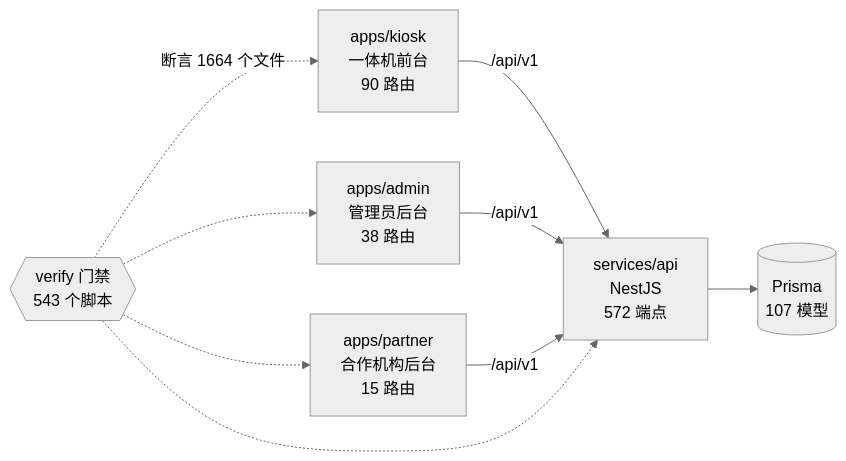
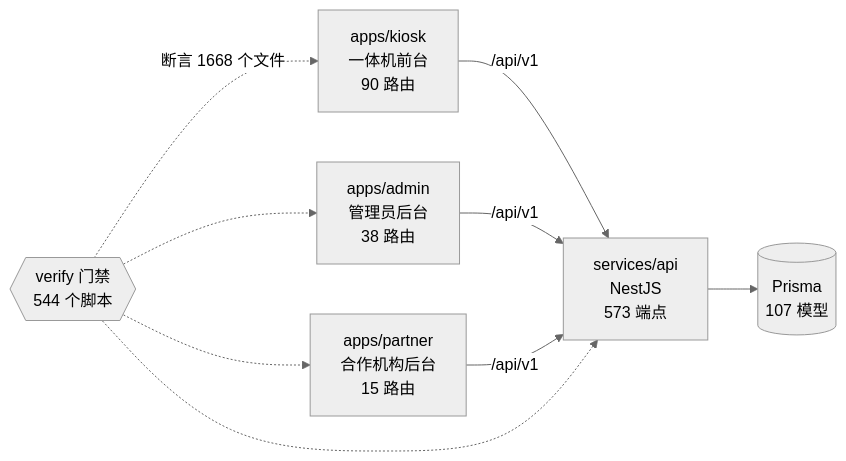
Before and after one commit to wanglei581/YITIJI: the diagram in docs/graph/README.md, drawn with Mermaid (neutral theme). The commit also changed other lines of this file and 5 other files, not shown here.

Commit message:
docs(progress): W-03 记录；重新生成图谱

````diff
--- a/docs/graph/README.md
+++ b/docs/graph/README.md
@@ -68,18 +68,18 @@
 ```mermaid
 flowchart LR
   kiosk["apps/kiosk<br/>一体机前台<br/>90 路由"]
   admin["apps/admin<br/>管理员后台<br/>38 路由"]
   partner["apps/partner<br/>合作机构后台<br/>15 路由"]
-  api["services/api<br/>NestJS<br/>572 端点"]
+  api["services/api<br/>NestJS<br/>573 端点"]
   db[("Prisma<br/>107 模型")]
-  gates{{"verify 门禁<br/>543 个脚本"}}
+  gates{{"verify 门禁<br/>544 个脚本"}}
 
   kiosk -->|"/api/v1"| api
   admin -->|"/api/v1"| api
   partner -->|"/api/v1"| api
   api --> db
-  gates -.->|"断言 1664 个文件"| kiosk
+  gates -.->|"断言 1668 个文件"| kiosk
   gates -.-> admin
   gates -.-> partner
   gates -.-> api
 ```
````
